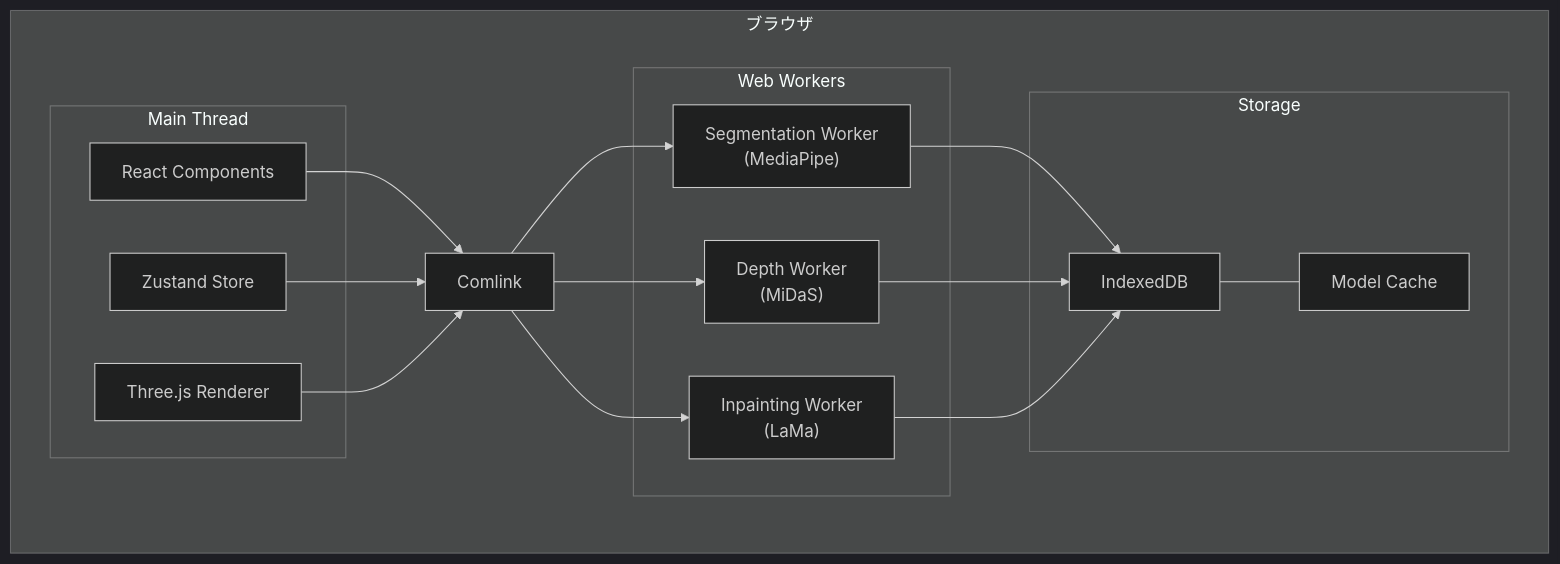
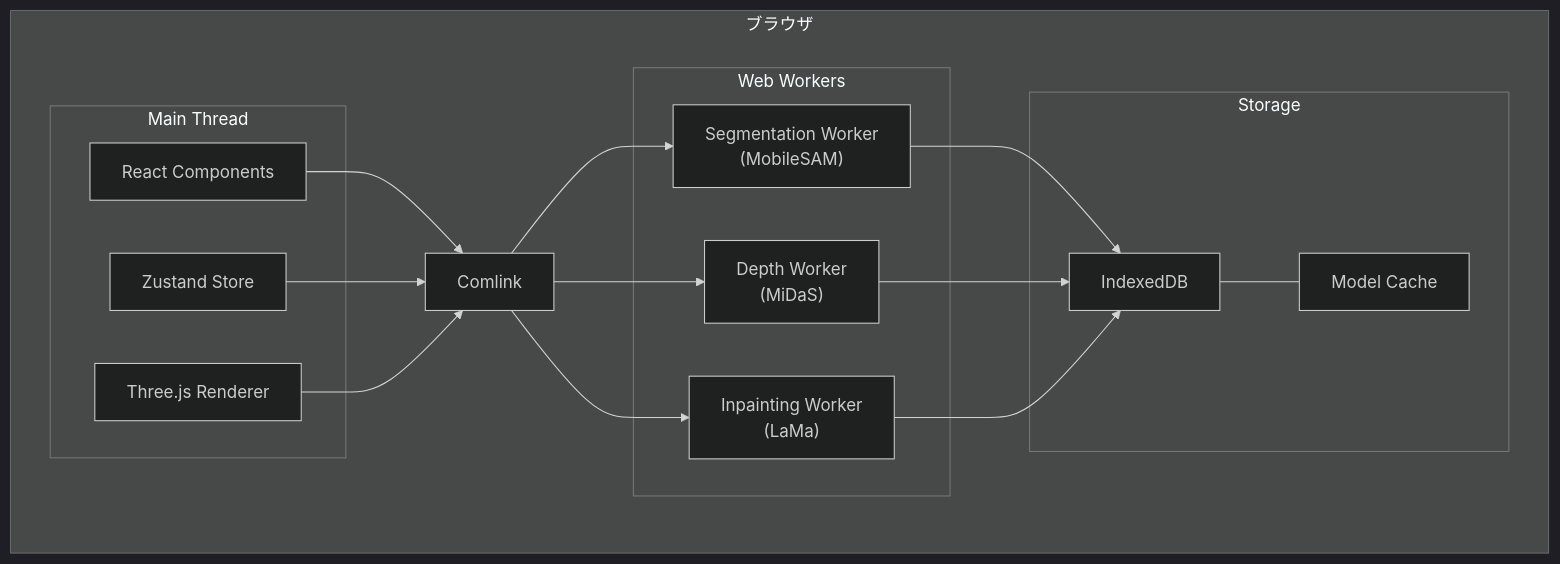
Before and after one commit to antaku66/parallax-image-generator: the first of 2 diagrams in docs/01-Overview.md, drawn with Mermaid. The commit also changed other lines of this file and 3 other files, not shown here.

````diff
--- a/docs/01-Overview.md
+++ b/docs/01-Overview.md
@@ -74,35 +75,35 @@
 ```mermaid
 %%{init: {'theme': 'dark'}}%%
 flowchart TB
     subgraph Browser["ブラウザ"]
         subgraph MainThread["Main Thread"]
             React["React Components"]
             Zustand["Zustand Store"]
             ThreeJS["Three.js Renderer"]
         end
 
         Comlink["Comlink"]
 
         subgraph Workers["Web Workers"]
-            Seg["Segmentation Worker<br/>(MediaPipe)"]
+            Seg["Segmentation Worker<br/>(MobileSAM)"]
             Depth["Depth Worker<br/>(MiDaS)"]
             Inpaint["Inpainting Worker<br/>(LaMa)"]
         end
 
         subgraph Storage["Storage"]
             IDB["IndexedDB"]
             Cache["Model Cache"]
         end
     end
 
     React --> Comlink
     Zustand --> Comlink
     ThreeJS --> Comlink
     Comlink --> Seg
     Comlink --> Depth
     Comlink --> Inpaint
     Seg --> IDB
     Depth --> IDB
     Inpaint --> IDB
     IDB --- Cache
 ```
````
